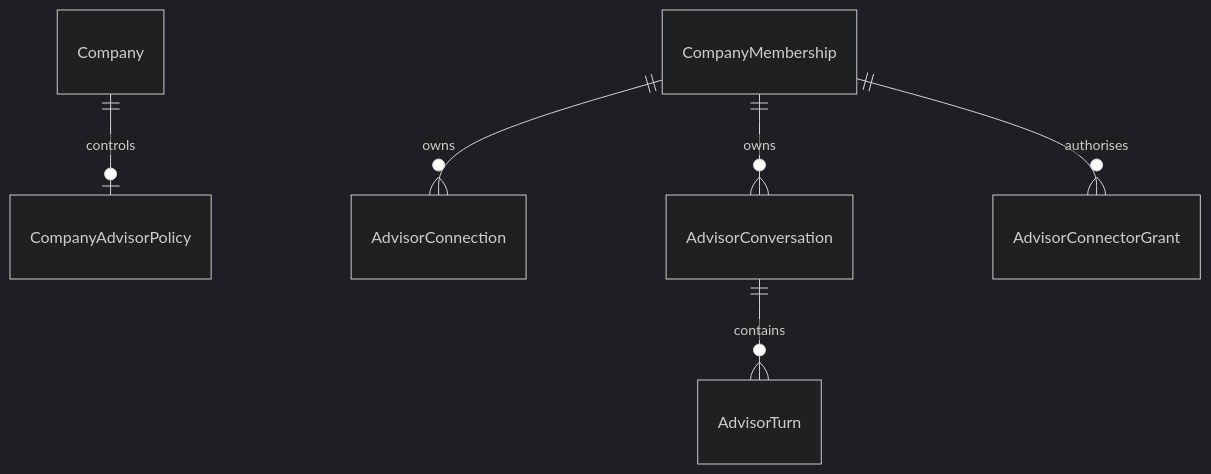
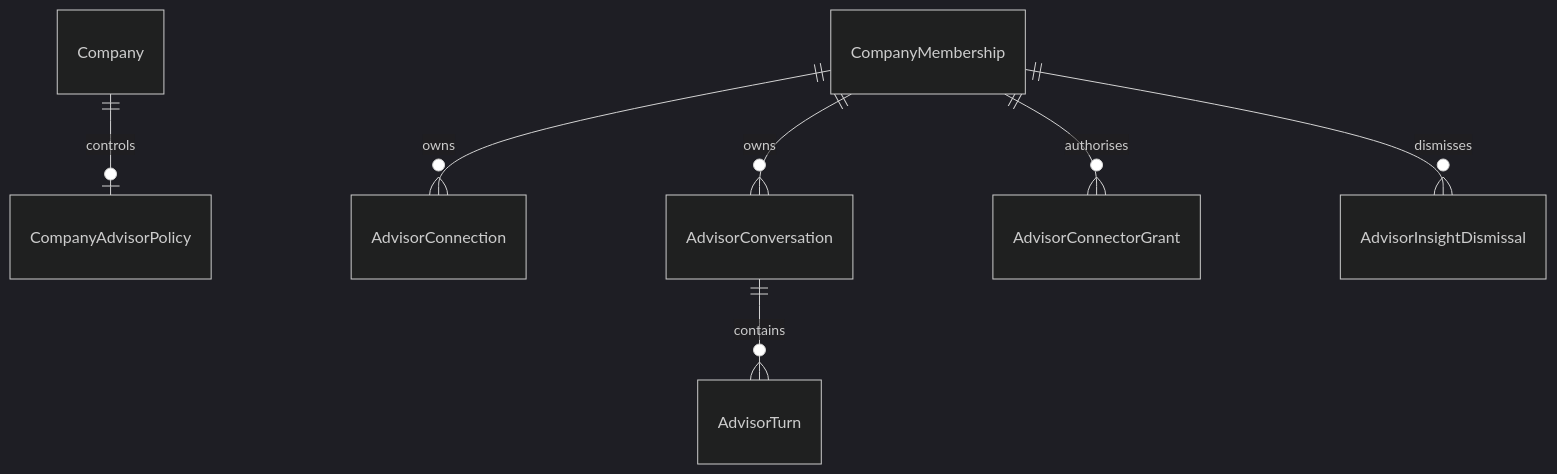
The sixth of 6 diagrams in docs/data-model.md (DriveToTech/ksiegowy-vibe), drawn with Mermaid (dark theme) before and after one commit. The commit also changed other lines of this file and 28 other files, not shown here.

````diff
--- a/docs/data-model.md
+++ b/docs/data-model.md
@@ -886,8 +886,9 @@
 ```mermaid
 erDiagram
   Company ||--o| CompanyAdvisorPolicy : controls
   CompanyMembership ||--o{ AdvisorConnection : owns
   CompanyMembership ||--o{ AdvisorConversation : owns
   CompanyMembership ||--o{ AdvisorConnectorGrant : authorises
   AdvisorConversation ||--o{ AdvisorTurn : contains
+  CompanyMembership ||--o{ AdvisorInsightDismissal : dismisses
 ```
````
